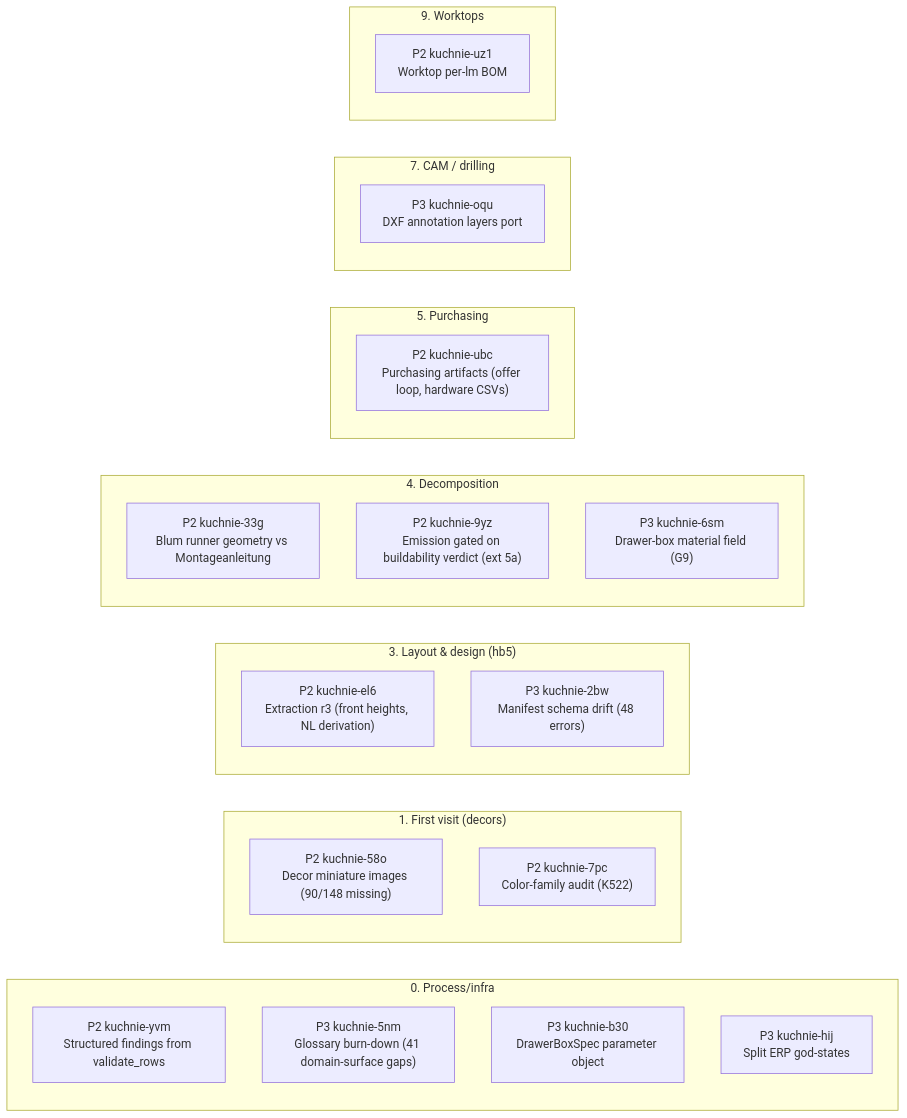
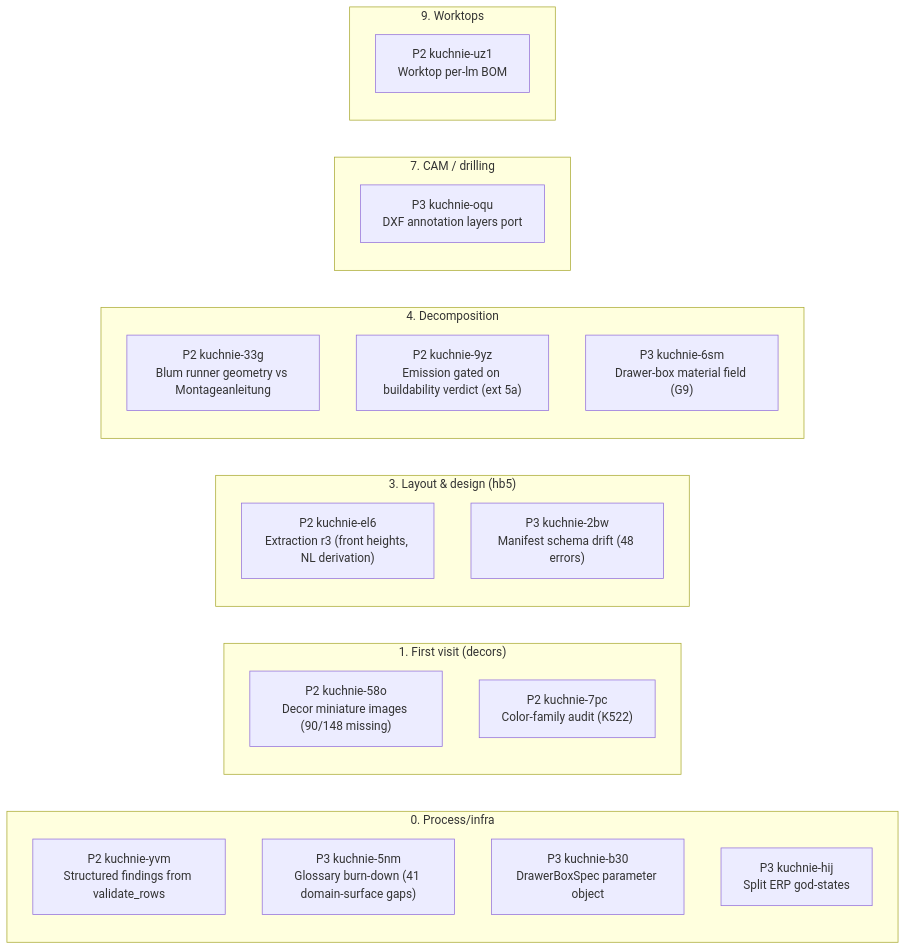
One commit to m1981/kuchnie changed the first of 2 diagrams in STATUS.md. Above: the diagram before and after it, drawn with Mermaid. The commit also changed other lines of this file and 2 other files, not shown here.

````diff
--- a/STATUS.md
+++ b/STATUS.md
@@ -109,31 +111,28 @@
 ```mermaid
 flowchart LR
     subgraph s0 ["0. Process/infra"]
         kuchnie_yvm["P2 kuchnie-yvm<br/>Structured findings from validate_rows"]
         kuchnie_5nm["P3 kuchnie-5nm<br/>Glossary burn-down (41 domain-surface gaps)"]
         kuchnie_b30["P3 kuchnie-b30<br/>DrawerBoxSpec parameter object"]
         kuchnie_hij["P3 kuchnie-hij<br/>Split ERP god-states"]
     end
     subgraph s1 ["1. First visit (decors)"]
         kuchnie_58o["P2 kuchnie-58o<br/>Decor miniature images (90/148 missing)"]
         kuchnie_7pc["P2 kuchnie-7pc<br/>Color-family audit (K522)"]
     end
     subgraph s3 ["3. Layout & design (hb5)"]
         kuchnie_el6["P2 kuchnie-el6<br/>Extraction r3 (front heights, NL derivation)"]
         kuchnie_2bw["P3 kuchnie-2bw<br/>Manifest schema drift (48 errors)"]
     end
     subgraph s4 ["4. Decomposition"]
         kuchnie_33g["P2 kuchnie-33g<br/>Blum runner geometry vs Montageanleitung"]
         kuchnie_9yz["P2 kuchnie-9yz<br/>Emission gated on buildability verdict (ext 5a)"]
         kuchnie_6sm["P3 kuchnie-6sm<br/>Drawer-box material field (G9)"]
     end
-    subgraph s5 ["5. Purchasing"]
-        kuchnie_ubc["P2 kuchnie-ubc<br/>Purchasing artifacts (offer loop, hardware CSVs)"]
-    end
     subgraph s7 ["7. CAM / drilling"]
         kuchnie_oqu["P3 kuchnie-oqu<br/>DXF annotation layers port"]
     end
     subgraph s9 ["9. Worktops"]
         kuchnie_uz1["P2 kuchnie-uz1<br/>Worktop per-lm BOM"]
     end
 ```
````
